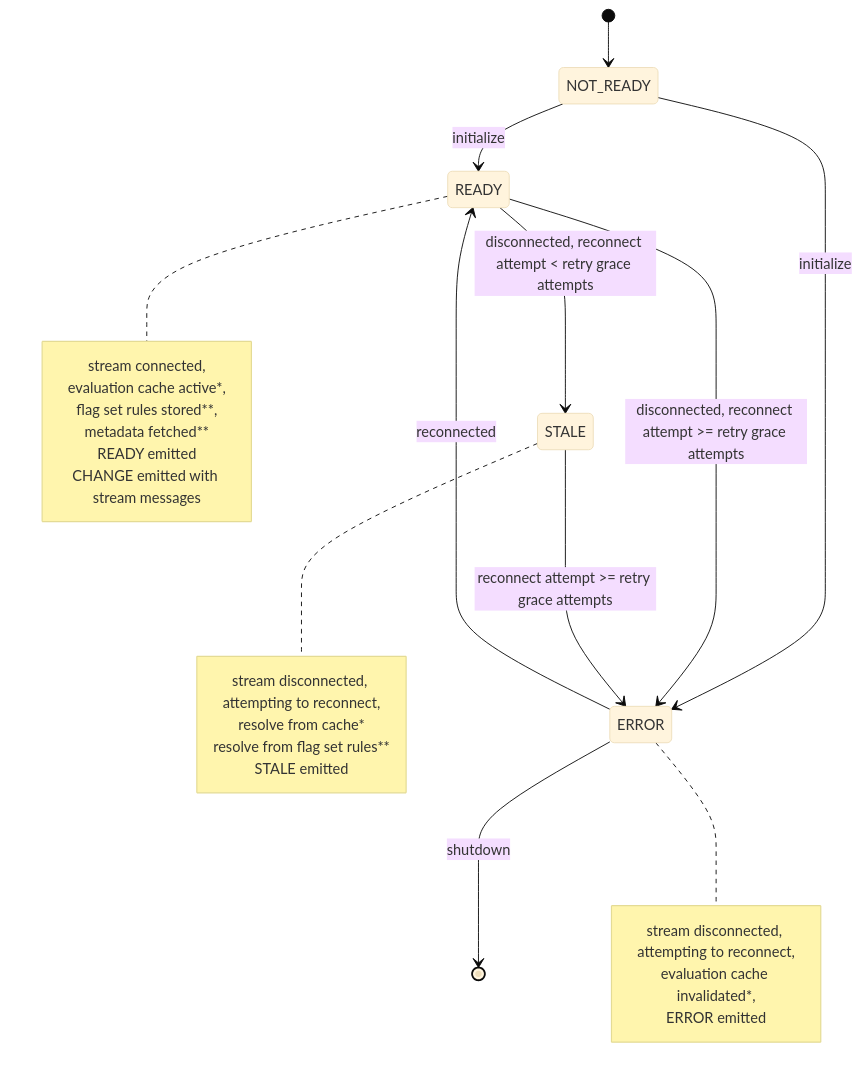
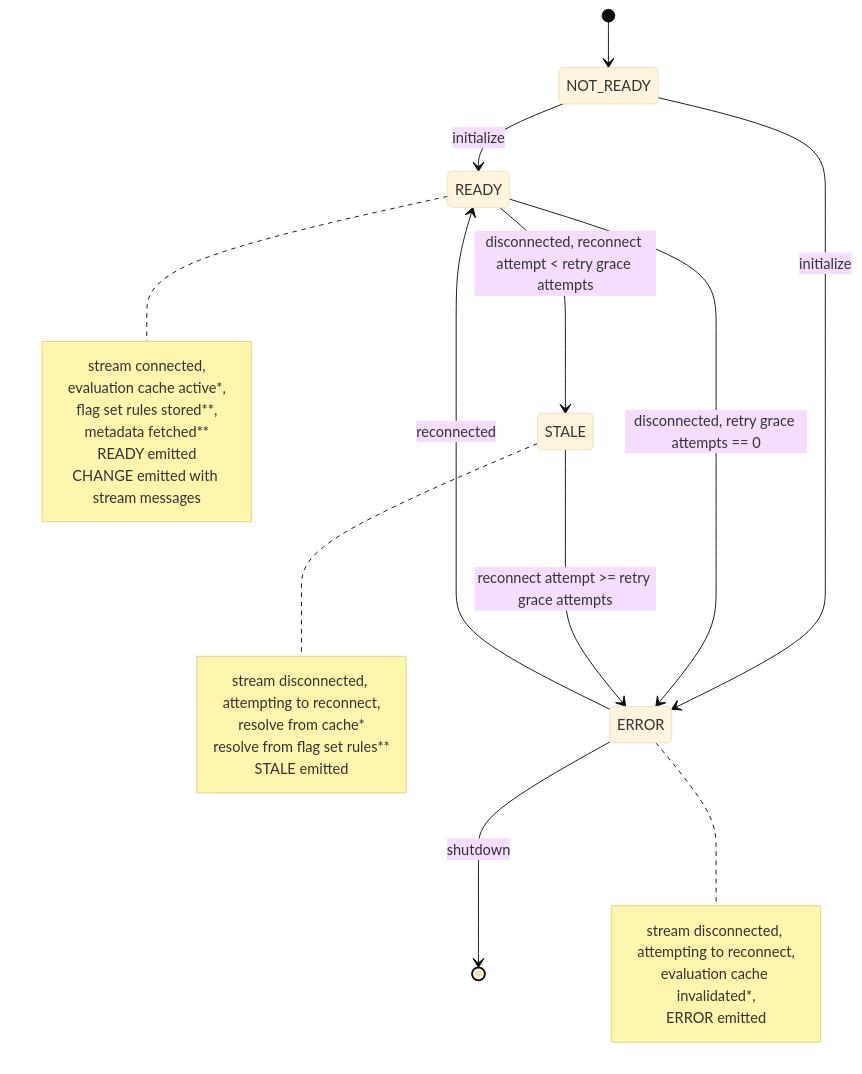
Before and after one commit to open-feature/flagd: the diagram in docs/reference/specifications/providers.md, drawn with Mermaid (base theme).

````diff
--- a/docs/reference/specifications/providers.md
+++ b/docs/reference/specifications/providers.md
@@ -92,36 +92,36 @@
 ```mermaid
 stateDiagram-v2
     [*] --> NOT_READY
     NOT_READY --> READY: initialize
     NOT_READY --> ERROR: initialize
-    READY --> ERROR: disconnected, reconnect attempt >= retry grace attempts
+    READY --> ERROR: disconnected, retry grace attempts == 0
     READY --> STALE: disconnected, reconnect attempt < retry grace attempts
     STALE --> ERROR: reconnect attempt >= retry grace attempts
     ERROR --> READY: reconnected
     ERROR --> [*]: shutdown
 
     note right of STALE
         stream disconnected, attempting to reconnect,
         resolve from cache*
         resolve from flag set rules**
         STALE emitted
     end note
 
     note right of READY
         stream connected,
         evaluation cache active*,
         flag set rules stored**,
         metadata fetched**
         READY emitted
         CHANGE emitted with stream messages
     end note
 
     note right of ERROR
         stream disconnected, attempting to reconnect,
         evaluation cache invalidated*,
         ERROR emitted
     end note
 
 %% * RPC providers only
 %% ** In-Process providers only
 ```
````
